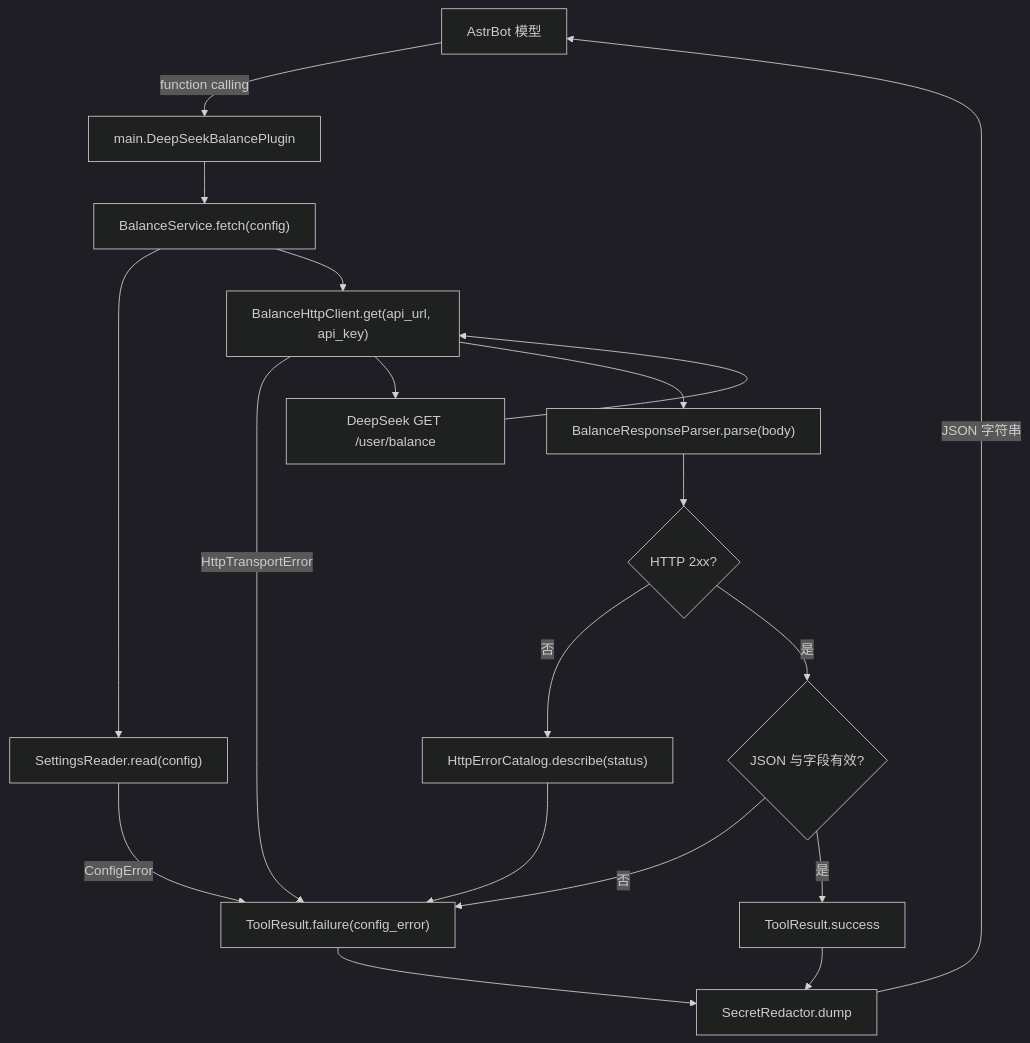
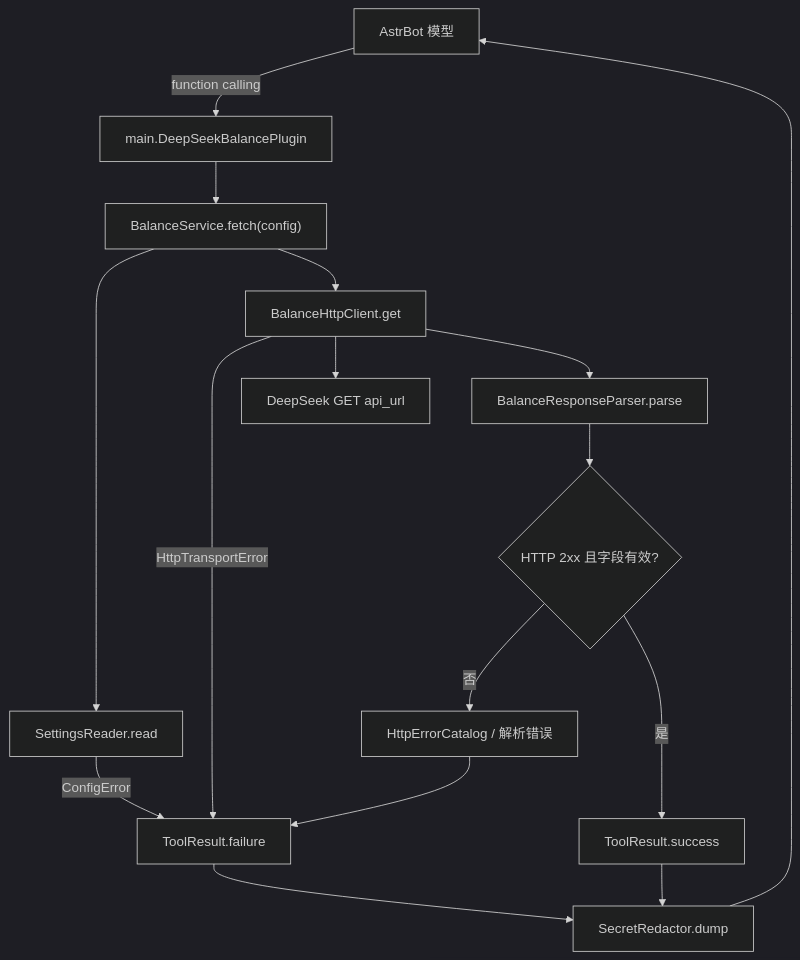
One commit to msksbr515/astrbot_plugin_deepseek_balance changed the first of 3 diagrams in DEVELOPMENT.md. Above: the diagram before and after it, drawn with Mermaid (dark theme). The commit also changed other lines of this file, not shown here.

Commit message:
docs(development): condense guide into diagrams and tables

````diff
--- a/DEVELOPMENT.md
+++ b/DEVELOPMENT.md
@@ -81,21 +7,18 @@
 ```mermaid
 flowchart TD
     A["AstrBot 模型"] -->|"function calling"| B["main.DeepSeekBalancePlugin"]
     B --> C["BalanceService.fetch(config)"]
-    C --> D["SettingsReader.read(config)"]
-    D -->|"ConfigError"| R["ToolResult.failure(config_error)"]
-    C --> E["BalanceHttpClient.get(api_url, api_key)"]
+    C --> D["SettingsReader.read"]
+    D -->|"ConfigError"| R["ToolResult.failure"]
+    C --> E["BalanceHttpClient.get"]
     E -->|"HttpTransportError"| R
-    E --> F["DeepSeek GET /user/balance"]
-    F --> E
-    E --> G["BalanceResponseParser.parse(body)"]
-    G --> H{"HTTP 2xx?"}
-    H -->|"否"| I["HttpErrorCatalog.describe(status)"]
+    E --> F["DeepSeek GET api_url"]
+    E --> G["BalanceResponseParser.parse"]
+    G --> H{"HTTP 2xx 且字段有效?"}
+    H -->|"否"| I["HttpErrorCatalog / 解析错误"]
     I --> R
-    H -->|"是"| J{"JSON 与字段有效?"}
-    J -->|"否"| R
-    J -->|"是"| K["ToolResult.success"]
+    H -->|"是"| K["ToolResult.success"]
     R --> L["SecretRedactor.dump"]
     K --> L
-    L -->|"JSON 字符串"| A
+    L --> A
 ```
````
